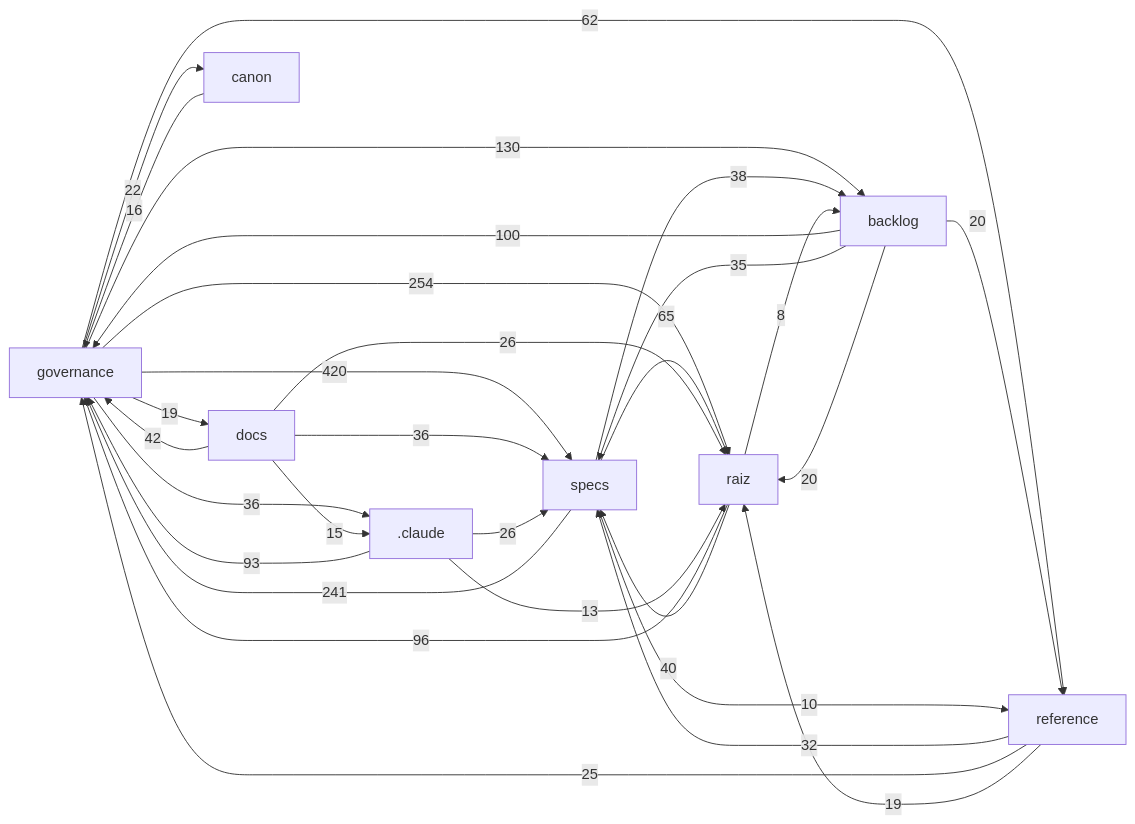
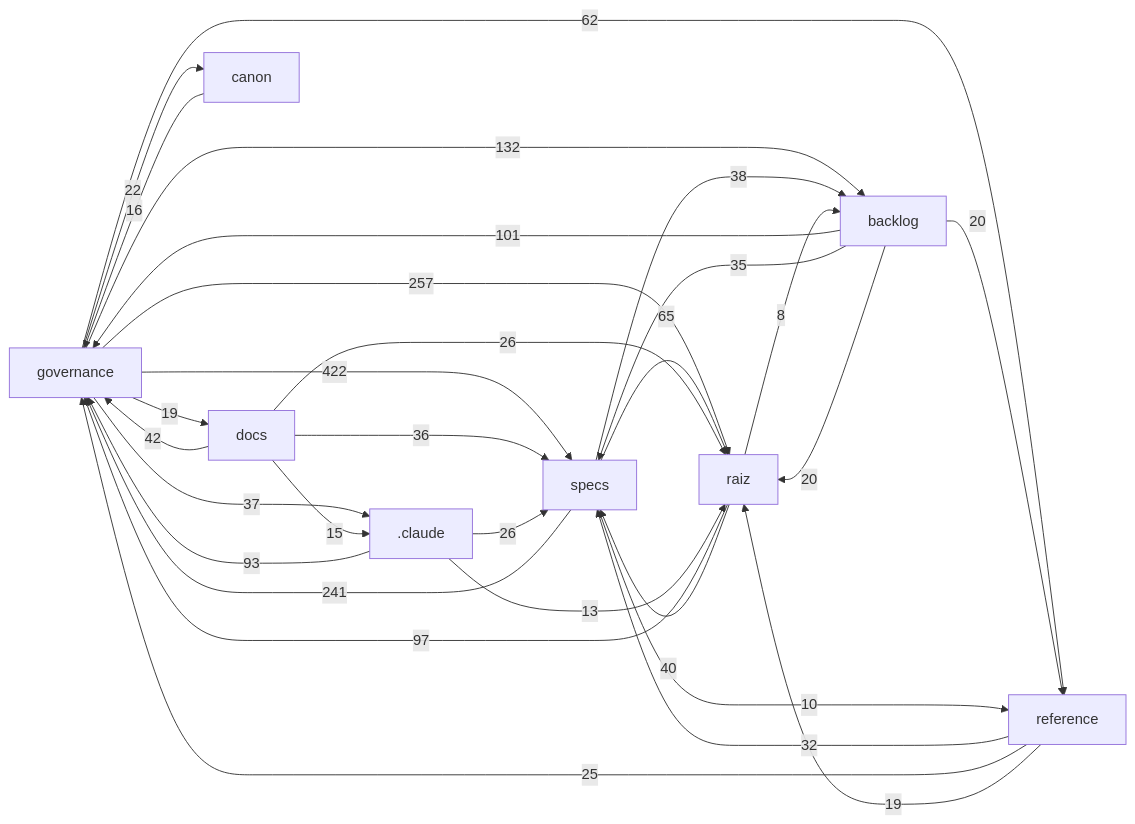
Before and after one commit to Andraus35/Sistema-Operacional-de-Trading--SOT: the diagram in docs/mapa/MAPA-PROJETO.md, drawn with Mermaid. The commit also changed other lines of this file and 5 other files, not shown here.

````diff
--- a/docs/mapa/MAPA-PROJETO.md
+++ b/docs/mapa/MAPA-PROJETO.md
@@ -29,32 +29,32 @@
 ```mermaid
 flowchart LR
-  governance["governance"] -->|420| specs["specs"]
-  governance["governance"] -->|254| raiz["raiz"]
+  governance["governance"] -->|422| specs["specs"]
+  governance["governance"] -->|257| raiz["raiz"]
   specs["specs"] -->|241| governance["governance"]
-  governance["governance"] -->|130| backlog["backlog"]
-  backlog["backlog"] -->|100| governance["governance"]
-  raiz["raiz"] -->|96| governance["governance"]
+  governance["governance"] -->|132| backlog["backlog"]
+  backlog["backlog"] -->|101| governance["governance"]
+  raiz["raiz"] -->|97| governance["governance"]
   _claude[".claude"] -->|93| governance["governance"]
   specs["specs"] -->|65| raiz["raiz"]
   governance["governance"] -->|62| reference["reference"]
   docs["docs"] -->|42| governance["governance"]
   raiz["raiz"] -->|40| specs["specs"]
   specs["specs"] -->|38| backlog["backlog"]
+  governance["governance"] -->|37| _claude[".claude"]
   docs["docs"] -->|36| specs["specs"]
-  governance["governance"] -->|36| _claude[".claude"]
   backlog["backlog"] -->|35| specs["specs"]
   reference["reference"] -->|32| specs["specs"]
   _claude[".claude"] -->|26| specs["specs"]
   docs["docs"] -->|26| raiz["raiz"]
   reference["reference"] -->|25| governance["governance"]
   governance["governance"] -->|22| canon["canon"]
   backlog["backlog"] -->|20| raiz["raiz"]
   backlog["backlog"] -->|20| reference["reference"]
   governance["governance"] -->|19| docs["docs"]
   reference["reference"] -->|19| raiz["raiz"]
   canon["canon"] -->|16| governance["governance"]
   docs["docs"] -->|15| _claude[".claude"]
   _claude[".claude"] -->|13| raiz["raiz"]
   specs["specs"] -->|10| reference["reference"]
   raiz["raiz"] -->|8| backlog["backlog"]
 ```
````
